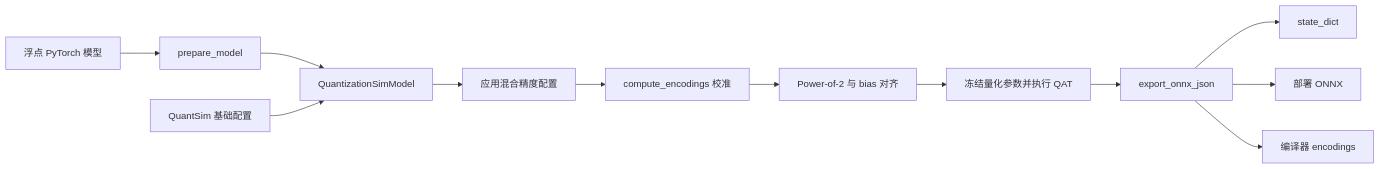
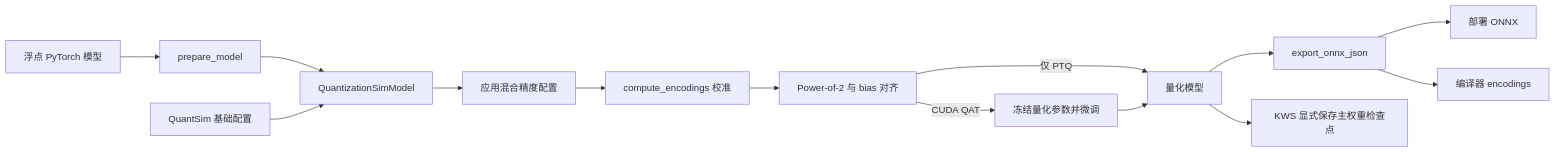
The second of 4 diagrams in docs/architecture.md (reexen-tech/rx-met), drawn with Mermaid before and after one commit. The commit also changed other lines of this file and 45 other files, not shown here.

````diff
--- a/docs/architecture.md
+++ b/docs/architecture.md
@@ -64,14 +65,16 @@
 ```mermaid
 flowchart LR
     FP[浮点 PyTorch 模型] --> Prepare[prepare_model]
     Prepare --> Sim[QuantizationSimModel]
     Base[QuantSim 基础配置] --> Sim
     Sim --> Mixed[应用混合精度配置]
     Mixed --> Calibrate[compute_encodings 校准]
     Calibrate --> Po2[Power-of-2 与 bias 对齐]
-    Po2 --> QAT[冻结量化参数并执行 QAT]
-    QAT --> Export[export_onnx_json]
-    Export --> State[state_dict]
+    Po2 -->|仅 PTQ| Quantized[量化模型]
+    Po2 -->|CUDA QAT| QAT[冻结量化参数并微调]
+    QAT --> Quantized
+    Quantized --> Export[export_onnx_json]
+    Quantized --> State[KWS 显式保存主权重检查点]
     Export --> ONNX[部署 ONNX]
     Export --> Enc[编译器 encodings]
 ```
````
